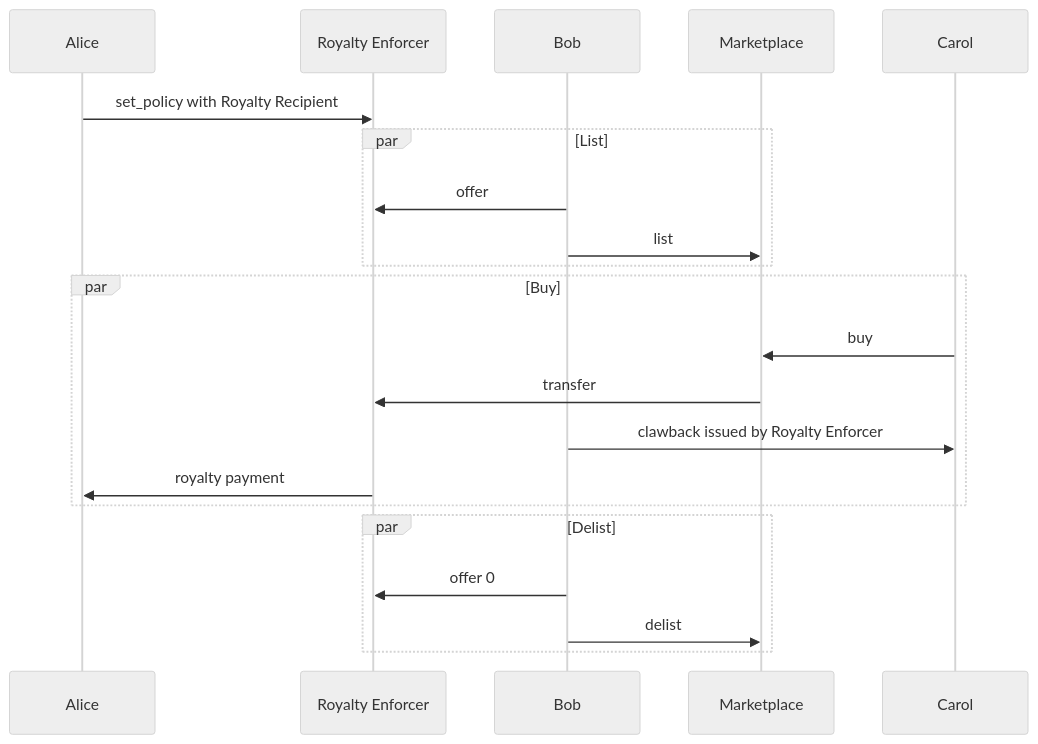
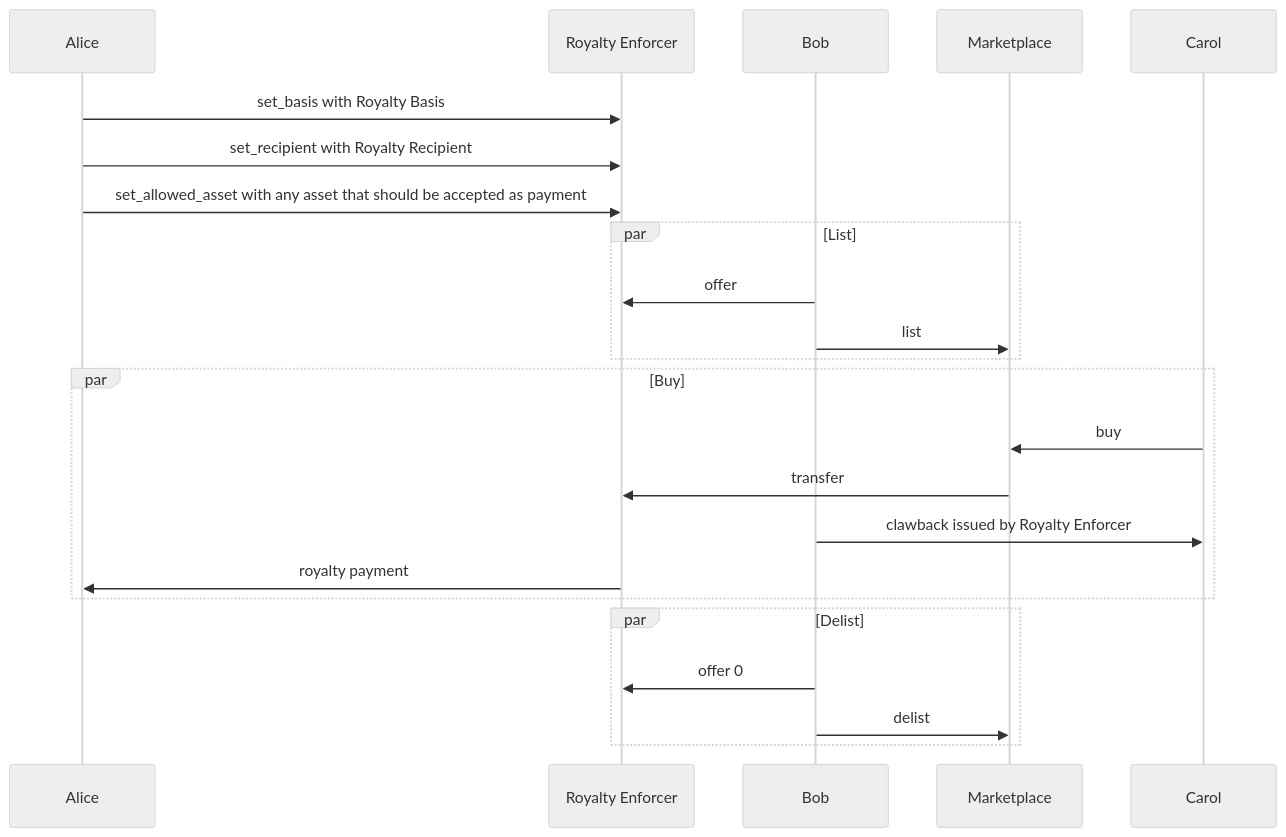
The diagram in ARCs/arc-0018.md (algorandfoundation/ARCs), drawn with Mermaid (neutral theme) before and after one commit. The commit also changed other lines of this file, not shown here.

````diff
--- a/ARCs/arc-0018.md
+++ b/ARCs/arc-0018.md
@@ -493,21 +471,23 @@
 ```mermaid
 sequenceDiagram
-    Alice->>Royalty Enforcer: set_policy with Royalty Recipient
+    Alice->>Royalty Enforcer: set_basis with Royalty Basis 
+    Alice->>Royalty Enforcer: set_recipient with Royalty Recipient
+    Alice->>Royalty Enforcer: set_allowed_asset with any asset that should be accepted as payment 
 
     par List
         Bob->>Royalty Enforcer: offer
         Bob->>Marketplace: list
     end
 
     Par Buy
         Carol->>Marketplace: buy
         Marketplace->>Royalty Enforcer: transfer
         Bob->>Carol: clawback issued by Royalty Enforcer
         Royalty Enforcer->>Alice: royalty payment
     end
 
     par Delist
         Bob->>Royalty Enforcer: offer 0 
         Bob->>Marketplace: delist
     end
 ```
````
